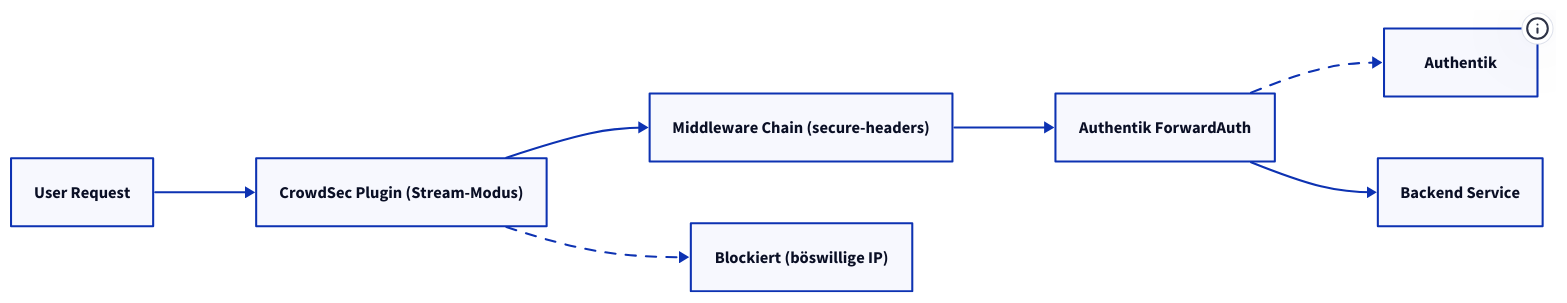
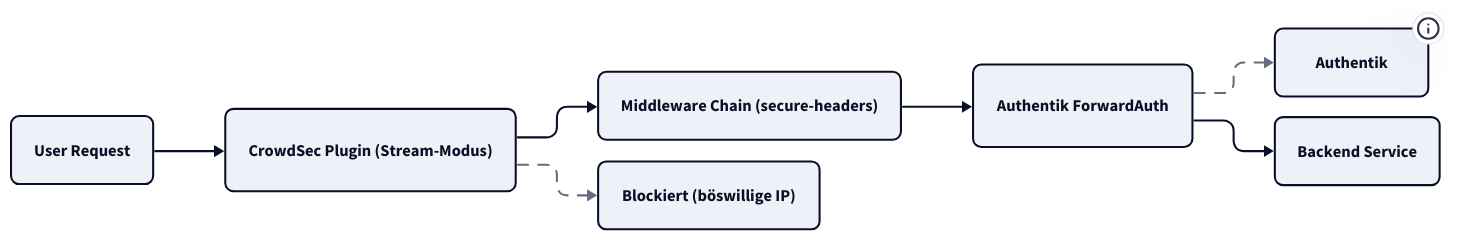
Before and after one commit to derever-labs/homelab-wiki: the diagram in docs/security/index.md, drawn with D2. The commit also changed other lines of this file and 109 other files, not shown here.

````diff
--- a/docs/security/index.md
+++ b/docs/security/index.md
@@ -16,18 +24,25 @@
 ```d2
+vars: {
+  d2-config: {
+    theme-id: 1
+    layout-engine: elk
+  }
+}
+
 direction: right
 
-User: User Request
-CS: CrowdSec Plugin (Stream-Modus)
-Chain: Middleware Chain (secure-headers)
-FWD: Authentik ForwardAuth
-AK: Authentik { tooltip: "auth.ackermannprivat.ch" }
-Backend: Backend Service
-Block: Blockiert (böswillige IP)
+User: User Request { style.border-radius: 8 }
+CS: CrowdSec Plugin (Stream-Modus) { style.border-radius: 8 }
+Chain: Middleware Chain (secure-headers) { style.border-radius: 8 }
+FWD: Authentik ForwardAuth { style.border-radius: 8 }
+AK: Authentik { tooltip: auth.ackermannprivat.ch; style.border-radius: 8 }
+Backend: Backend Service { style.border-radius: 8 }
+Block: Blockiert (böswillige IP) { style.border-radius: 8 }
 
 User -> CS
 CS -> Chain
 Chain -> FWD
 FWD -> AK: { style.stroke-dash: 5 }
 FWD -> Backend
 CS -> Block: { style.stroke-dash: 5 }
 ```
````
